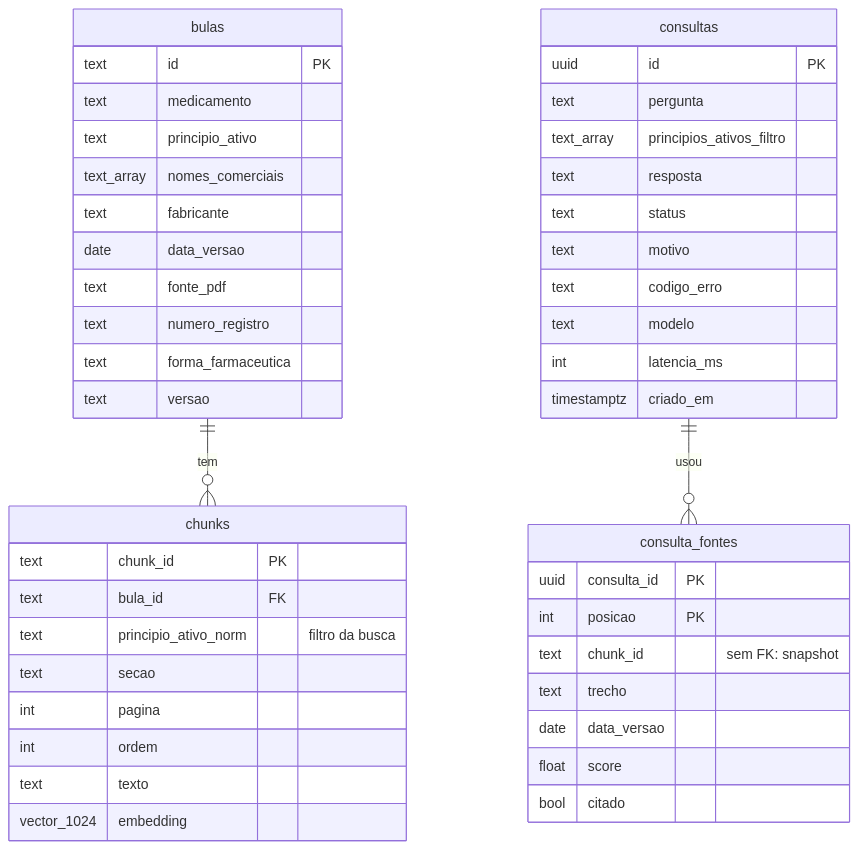
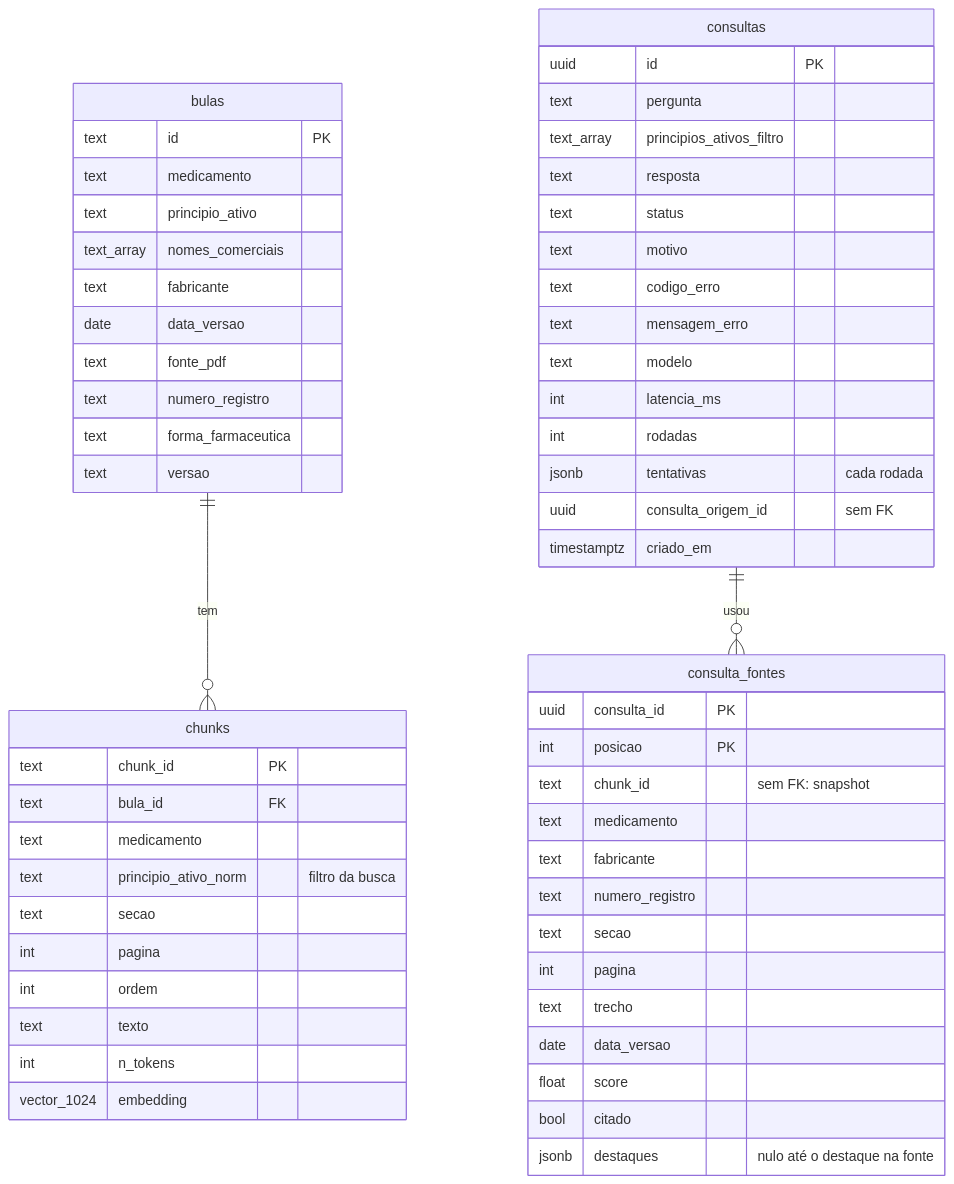
The fourth of 5 diagrams in README.md (umdevaprendiz/farma-rag), drawn with Mermaid before and after one commit. The commit also changed other lines of this file and 20 other files, not shown here.

````diff
--- a/README.md
+++ b/README.md
@@ -204,49 +229,61 @@
 ```mermaid
 erDiagram
   bulas ||--o{ chunks : "tem"
   consultas ||--o{ consulta_fontes : "usou"
 
   bulas {
     text id PK
     text medicamento
     text principio_ativo
     text_array nomes_comerciais
     text fabricante
     date data_versao
     text fonte_pdf
     text numero_registro
     text forma_farmaceutica
     text versao
   }
   chunks {
     text chunk_id PK
     text bula_id FK
+    text medicamento
     text principio_ativo_norm "filtro da busca"
     text secao
     int pagina
     int ordem
     text texto
+    int n_tokens
     vector_1024 embedding
   }
   consultas {
     uuid id PK
     text pergunta
     text_array principios_ativos_filtro
     text resposta
     text status
     text motivo
     text codigo_erro
+    text mensagem_erro
     text modelo
     int latencia_ms
+    int rodadas
+    jsonb tentativas "cada rodada"
+    uuid consulta_origem_id "sem FK"
     timestamptz criado_em
   }
   consulta_fontes {
     uuid consulta_id PK
     int posicao PK
     text chunk_id "sem FK: snapshot"
+    text medicamento
+    text fabricante
+    text numero_registro
+    text secao
+    int pagina
     text trecho
     date data_versao
     float score
     bool citado
+    jsonb destaques "nulo até o destaque na fonte"
   }
 ```
````
